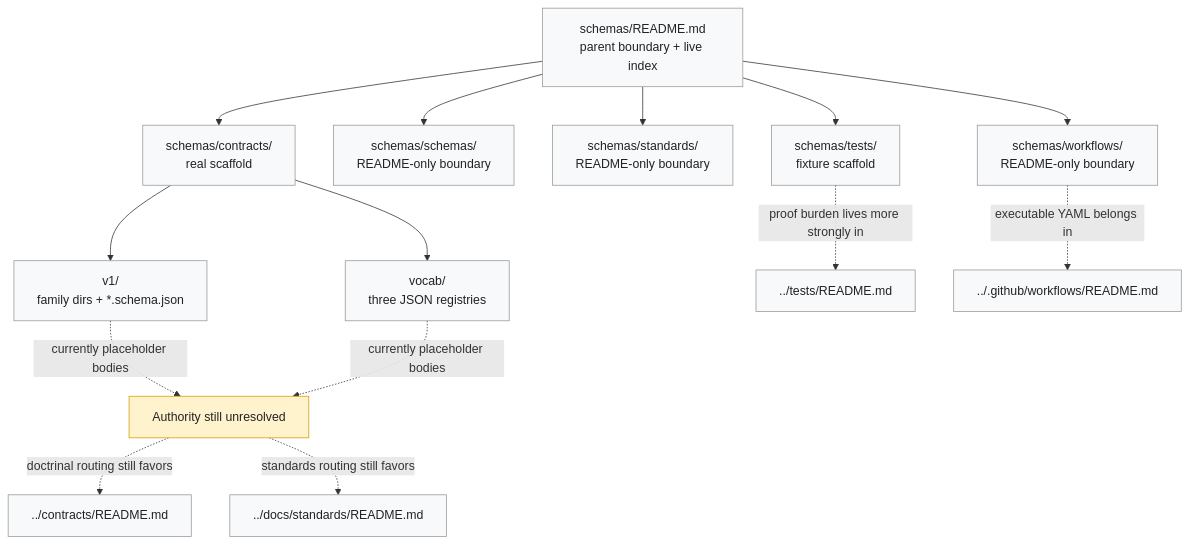
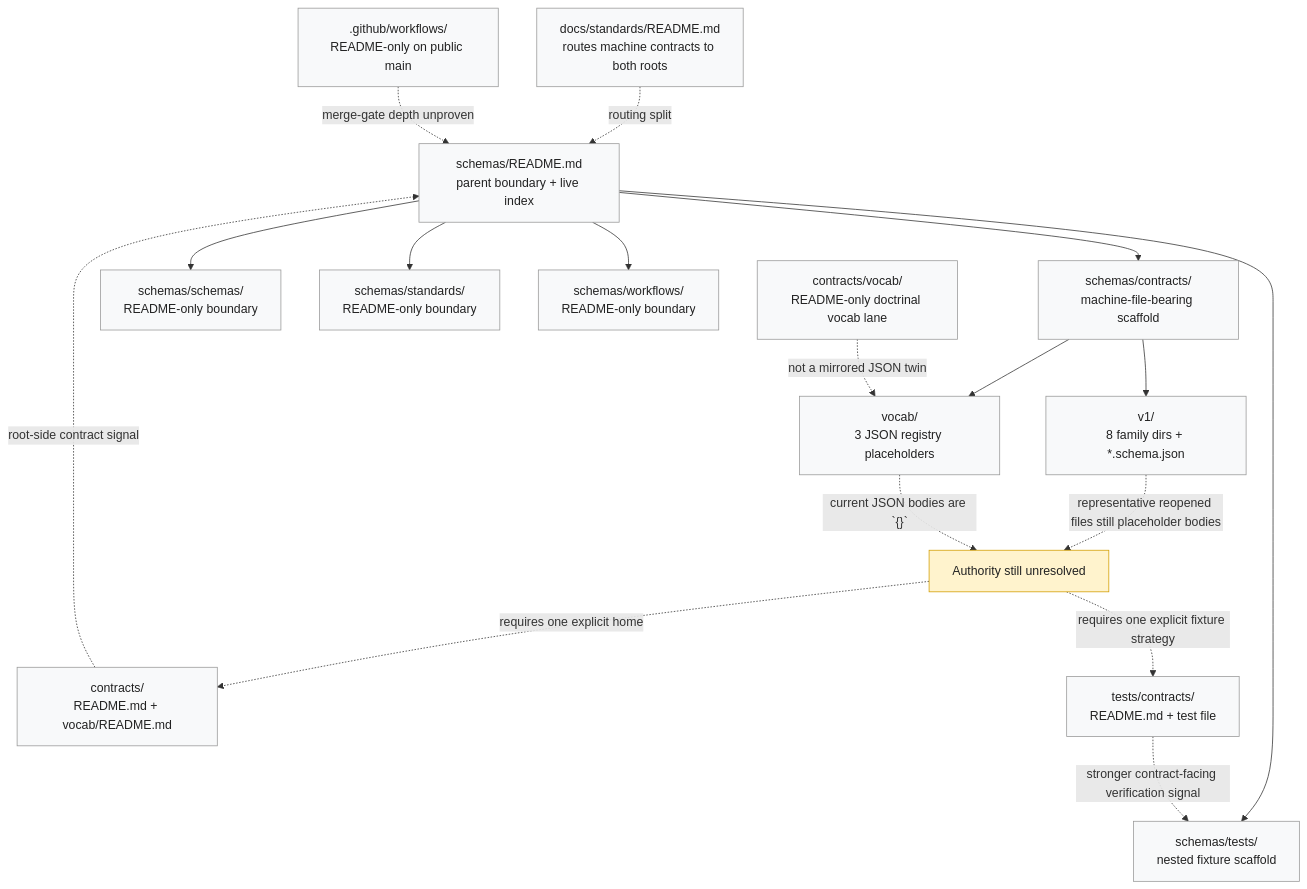
One commit to bartytime4life/Kansas-Frontier-Matrix changed the diagram in schemas/README.md. Above: the diagram before and after it, drawn with Mermaid. The commit also changed other lines of this file, not shown here.

````diff
--- a/schemas/README.md
+++ b/schemas/README.md
@@ -332,26 +377,29 @@
 ```mermaid
 flowchart TB
     P["schemas/README.md<br/>parent boundary + live index"]
 
-    P --> C["schemas/contracts/<br/>real scaffold"]
-    P --> S["schemas/schemas/<br/>README-only boundary"]
+    P --> SC["schemas/contracts/<br/>machine-file-bearing scaffold"]
+    P --> SS["schemas/schemas/<br/>README-only boundary"]
     P --> ST["schemas/standards/<br/>README-only boundary"]
-    P --> T["schemas/tests/<br/>fixture scaffold"]
-    P --> W["schemas/workflows/<br/>README-only boundary"]
+    P --> STS["schemas/tests/<br/>nested fixture scaffold"]
+    P --> SW["schemas/workflows/<br/>README-only boundary"]
 
-    C --> V1["v1/<br/>family dirs + *.schema.json"]
-    C --> VOC["vocab/<br/>three JSON registries"]
+    SC --> V1["v1/<br/>8 family dirs + *.schema.json"]
+    SC --> VOC["vocab/<br/>3 JSON registry placeholders"]
 
-    V1 -. currently placeholder bodies .-> A["Authority still unresolved"]
-    VOC -. currently placeholder bodies .-> A
+    ROOTC["contracts/<br/>README.md + vocab/README.md"] -. root-side contract signal .-> P
+    ROOTV["contracts/vocab/<br/>README-only doctrinal vocab lane"] -. not a mirrored JSON twin .-> VOC
+    STD["docs/standards/README.md<br/>routes machine contracts to both roots"] -. routing split .-> P
+    TCON["tests/contracts/<br/>README.md + test file"] -. stronger contract-facing verification signal .-> STS
+    WF[".github/workflows/<br/>README-only on public main"] -. merge-gate depth unproven .-> P
 
-    A -. doctrinal routing still favors .-> RC["../contracts/README.md"]
-    A -. standards routing still favors .-> DS["../docs/standards/README.md"]
-    T -. proof burden lives more strongly in .-> RT["../tests/README.md"]
-    W -. executable YAML belongs in .-> WF["../.github/workflows/README.md"]
+    V1 -. representative reopened files still placeholder bodies .-> A["Authority still unresolved"]
+    VOC -. current JSON bodies are `{}` .-> A
+    A -. requires one explicit home .-> ROOTC
+    A -. requires one explicit fixture strategy .-> TCON
 
     classDef soft fill:#f8f9fa,stroke:#999,color:#222;
     classDef warn fill:#fff3cd,stroke:#d39e00,color:#222;
-    class P,C,S,ST,T,W,V1,VOC,RC,DS,RT,WF soft;
+    class P,SC,SS,ST,STS,SW,V1,VOC,ROOTC,ROOTV,STD,TCON,WF soft;
     class A warn;
 ```
````
